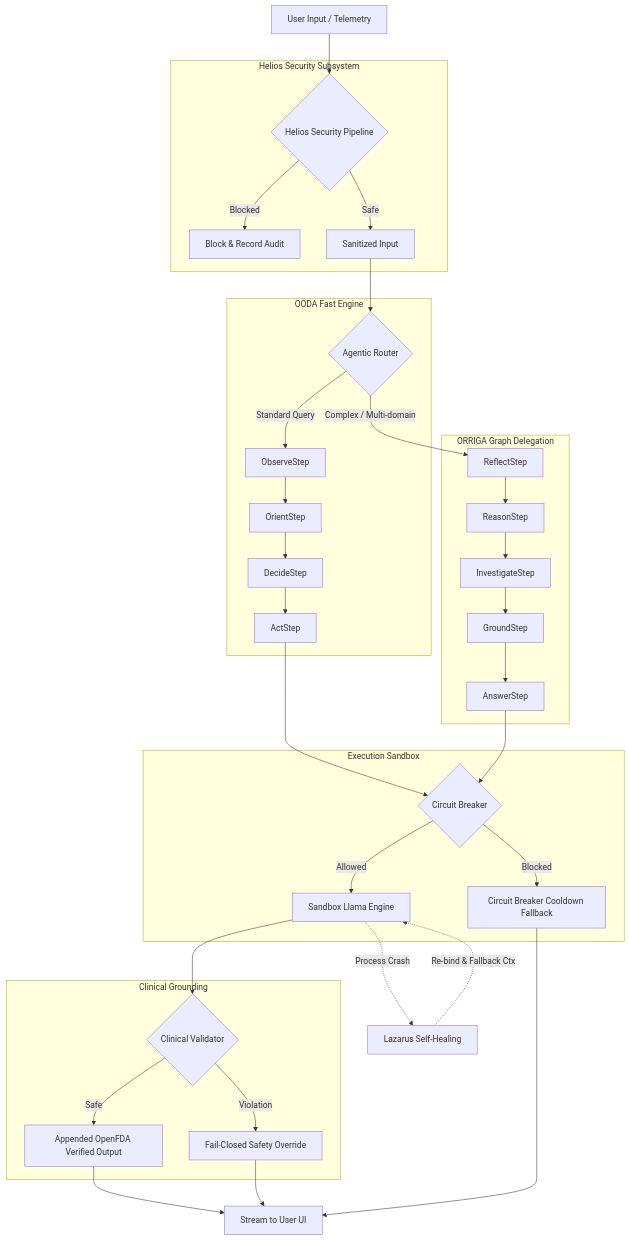
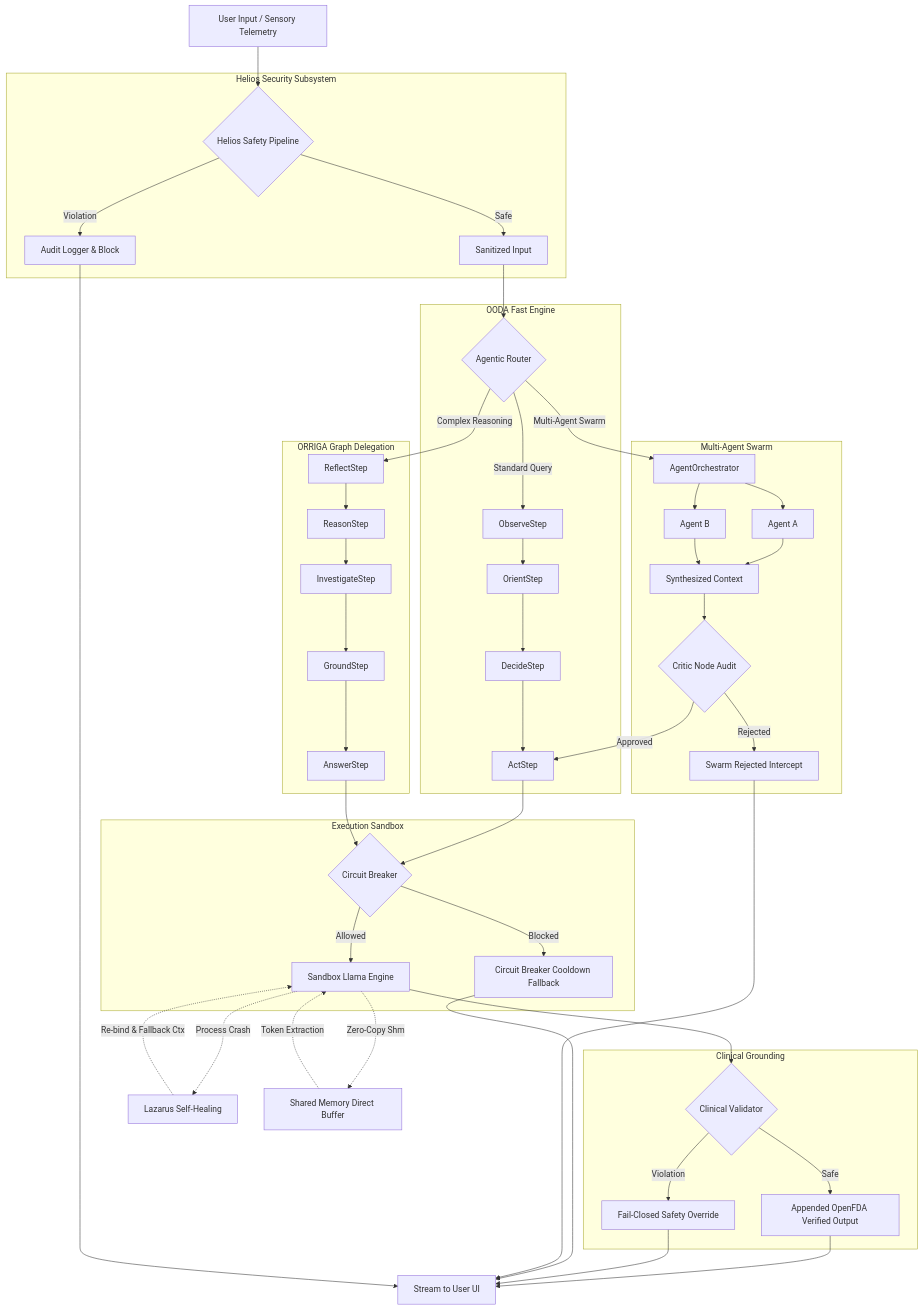
One commit to ScyLxynFycus/Scypheon-Private changed the diagram in docs/SCYPHEON_ARCHITECTURE.md. Above: the diagram before and after it, drawn with Mermaid. The commit also changed other lines of this file, not shown here.

Commit message:
docs: Deep dive update to SCYPHEON_ARCHITECTURE.md covering all 28 core sub-packages and live mode voice/vision pipelines

````diff
--- a/docs/SCYPHEON_ARCHITECTURE.md
+++ b/docs/SCYPHEON_ARCHITECTURE.md
@@ -290,57 +263,75 @@
 ```mermaid
 graph TD
     %% Input Layer
-    User[User Input / Telemetry] --> Helios{Helios Security Pipeline}
+    User[User Input / Sensory Telemetry] --> Helios{Helios Safety Pipeline}
 
     %% Helios Pipeline
     subgraph Helios Security Subsystem
-        Helios -- Blocked --> BlockOutput[Block & Record Audit]
+        Helios -- Violation --> AuditRedact[Audit Logger & Block]
         Helios -- Safe --> SanitizedInput[Sanitized Input]
     end
 
-    %% Routing
+    %% Routing Layer
     SanitizedInput --> AgenticRouter{Agentic Router}
 
     %% OODA Fast Path
     subgraph OODA Fast Engine
         AgenticRouter -- Standard Query --> Observe1[ObserveStep]
         Observe1 --> Orient1[OrientStep]
         Orient1 --> Decide1[DecideStep]
         Decide1 --> Act1[ActStep]
     end
 
     %% ORRIGA Deep Path
     subgraph ORRIGA Graph Delegation
-        AgenticRouter -- Complex / Multi-domain --> Reflect2[ReflectStep]
+        AgenticRouter -- Complex Reasoning --> Reflect2[ReflectStep]
         Reflect2 --> Reason2[ReasonStep]
         Reason2 --> Investigate2[InvestigateStep]
         Investigate2 --> Ground2[GroundStep]
         Ground2 --> Answer2[AnswerStep]
     end
 
-    %% Circuit Breaker & Engine Execution
+    %% Swarm Path
+    subgraph Multi-Agent Swarm
+        AgenticRouter -- Multi-Agent Swarm --> Swarm[AgentOrchestrator]
+        Swarm --> AgentA[Agent A]
+        Swarm --> AgentB[Agent B]
+        AgentA --> SwarmCombine[Synthesized Context]
+        AgentB --> SwarmCombine
+        SwarmCombine --> CriticNode{Critic Node Audit}
+        CriticNode -- Approved --> Act1
+        CriticNode -- Rejected --> FailSwarm[Swarm Rejected Intercept]
+    end
+
+    %% Circuit Breaker & Sandbox Execution
     Act1 --> CB{Circuit Breaker}
     Answer2 --> CB
 
     subgraph Execution Sandbox
         CB -- Allowed --> SandboxEngine[Sandbox Llama Engine]
         CB -- Blocked --> CoolDown[Circuit Breaker Cooldown Fallback]
     end
 
-    %% Lazarus link
+    %% Lazarus links
     SandboxEngine -. Process Crash .-> Lazarus[Lazarus Self-Healing]
     Lazarus -. Re-bind & Fallback Ctx .-> SandboxEngine
+    
+    %% Zero-copy shared memory
+    SandboxEngine -. Zero-Copy Shm .-> ShmBuffer[Shared Memory Direct Buffer]
+    ShmBuffer -. Token Extraction .-> SandboxEngine
 
     %% Output verification
     SandboxEngine --> ClinicalVal{Clinical Validator}
     
     subgraph Clinical Grounding
         ClinicalVal -- Safe --> VerResult[Appended OpenFDA Verified Output]
         ClinicalVal -- Violation --> FailClosed[Fail-Closed Safety Override]
     end
 
-    %% Final output
+    %% Output Layer
     VerResult --> Output[Stream to User UI]
     FailClosed --> Output
     CoolDown --> Output
+    FailSwarm --> Output
+    AuditRedact --> Output
 ```
````
